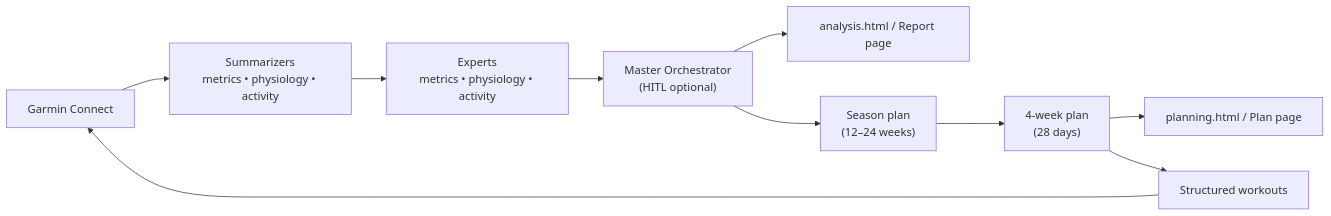
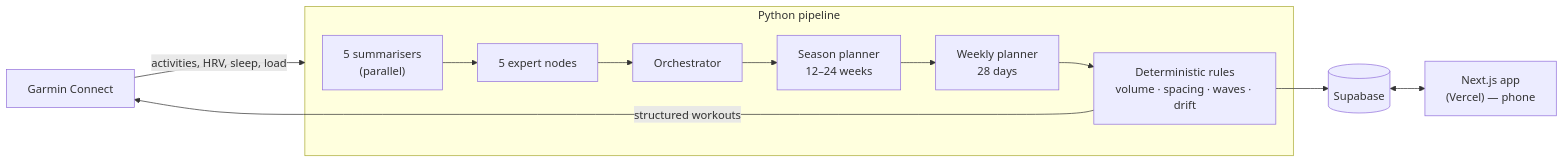
One commit to Verdalingen/athlete-management-system changed the diagram in README.md. Above: the diagram before and after it, drawn with Mermaid. The commit also changed other lines of this file and 60 other files, not shown here.

````diff
--- a/README.md
+++ b/README.md
@@ -131,12 +130,16 @@
 ```mermaid
 flowchart LR
-    GC["Garmin Connect"] --> SUM["Summarizers<br>metrics • physiology • activity"]
-    SUM --> EXP["Experts<br>metrics • physiology • activity"]
-    EXP --> ORCH["Master Orchestrator<br>(HITL optional)"]
-    ORCH --> ANALYSIS["analysis.html / Report page"]
-    ORCH --> SEASON["Season plan<br>(12–24 weeks)"]
-    SEASON --> WEEK["4-week plan<br>(28 days)"]
-    WEEK --> PLANNING["planning.html / Plan page"]
-    WEEK --> PUSH["Structured workouts"]
-    PUSH --> GC
+    GC["Garmin Connect"] -->|activities, HRV, sleep, load| PY
+
+    subgraph PY["Python pipeline"]
+        SUM["5 summarisers<br/>(parallel)"] --> EXP["5 expert nodes"]
+        EXP --> ORCH["Orchestrator"]
+        ORCH --> SEASON["Season planner<br/>12–24 weeks"]
+        SEASON --> WEEK["Weekly planner<br/>28 days"]
+        WEEK --> RULES["Deterministic rules<br/>volume · spacing · waves · drift"]
+    end
+
+    RULES --> DB[("Supabase")]
+    RULES -->|structured workouts| GC
+    DB <--> WEB["Next.js app<br/>(Vercel) — phone"]
 ```
````
